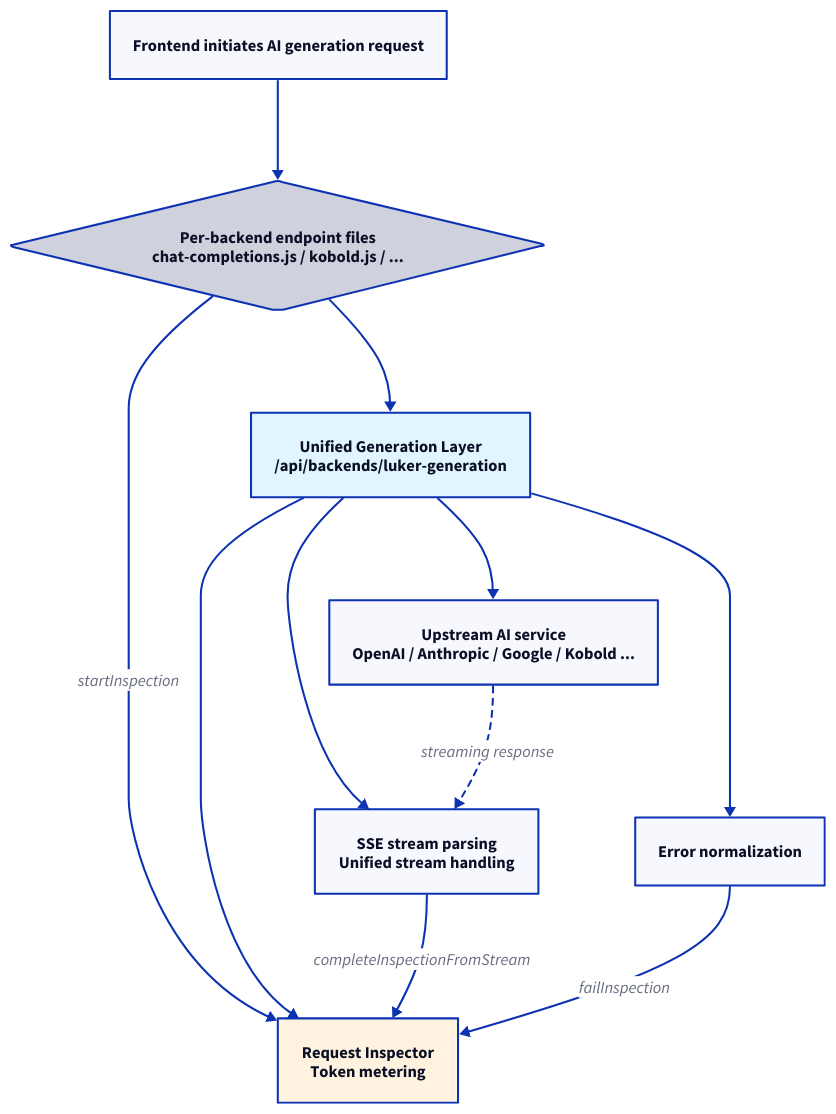
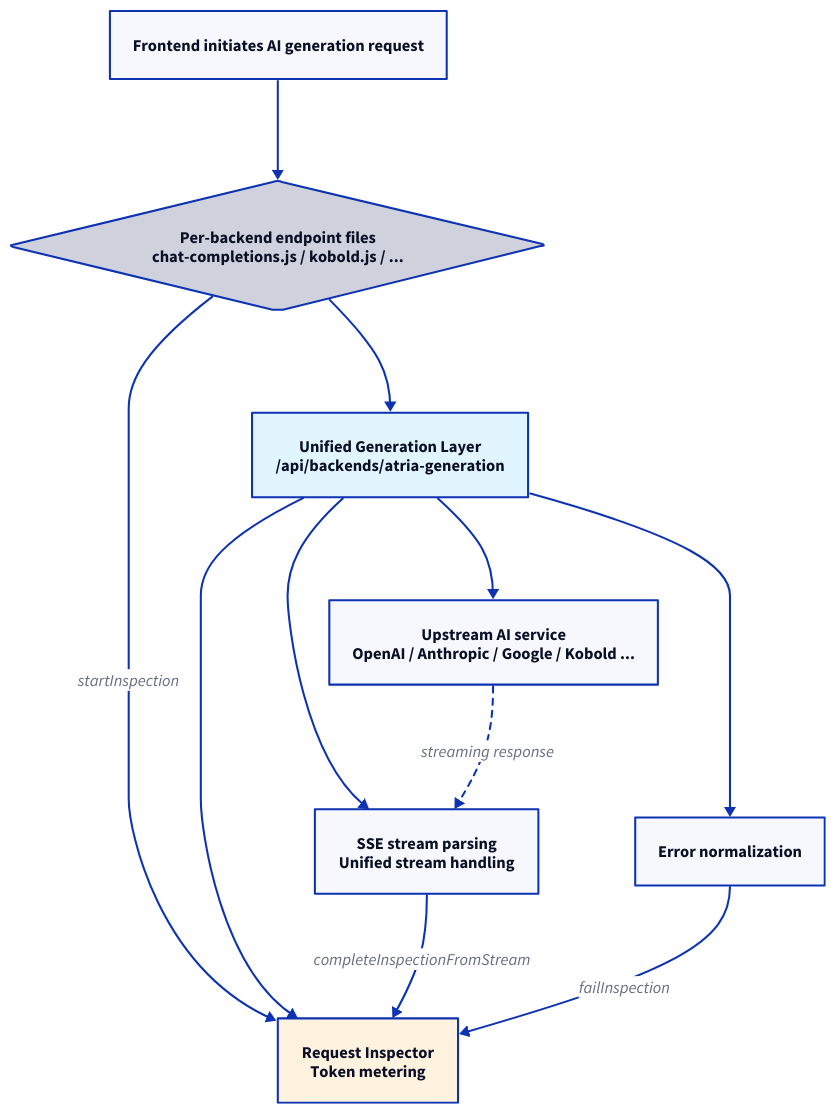
The diagram in docs/improvements/generation-layer.md (ZZZdragondYNGPHX/Atria), drawn with D2 before and after one commit. The commit also changed other lines of this file and 1235 other files, not shown here.

````diff
--- a/docs/improvements/generation-layer.md
+++ b/docs/improvements/generation-layer.md
@@ -57,28 +57,28 @@
 ```d2
 direction: down
 
 FE: "Frontend initiates AI generation request"
 EP: "Per-backend endpoint files\nchat-completions.js / kobold.js / ..." {
   shape: diamond
 }
-UL: "Unified Generation Layer\n/api/backends/luker-generation" {
+UL: "Unified Generation Layer\n/api/backends/atria-generation" {
   style.fill: "#e1f5ff"
 }
 INSP: "Request Inspector\nToken metering" {
   style.fill: "#fff3e0"
 }
 SSE: "SSE stream parsing\nUnified stream handling"
 ERR: "Error normalization"
 UPSTREAM: "Upstream AI service\nOpenAI / Anthropic / Google / Kobold ..."
 
 FE -> EP
 EP -> INSP: "startInspection"
 EP -> UL
 UL -> SSE
 UL -> INSP
 UL -> ERR
 UL -> UPSTREAM
 UPSTREAM -> SSE: "streaming response" {style.stroke-dash: 3}
 SSE -> INSP: "completeInspectionFromStream"
 ERR -> INSP: "failInspection"
 ```
````
